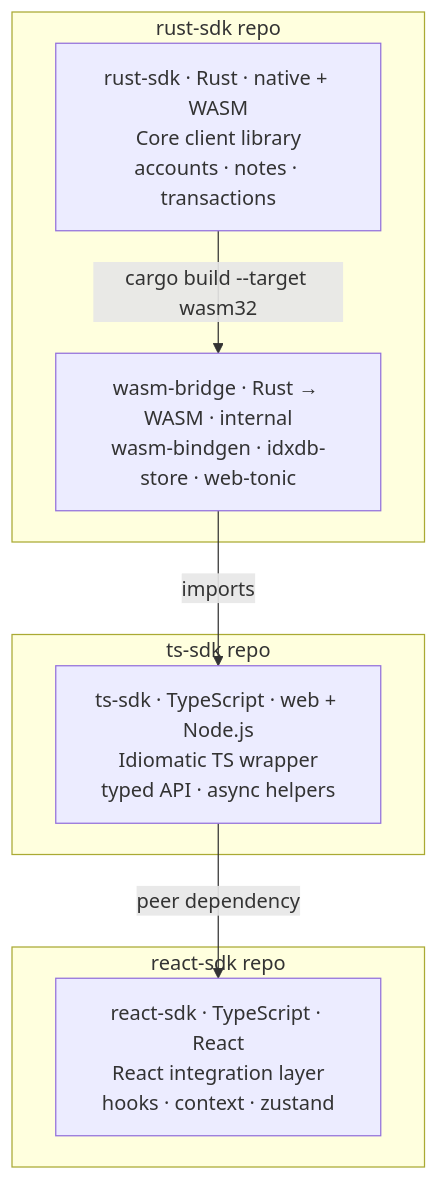
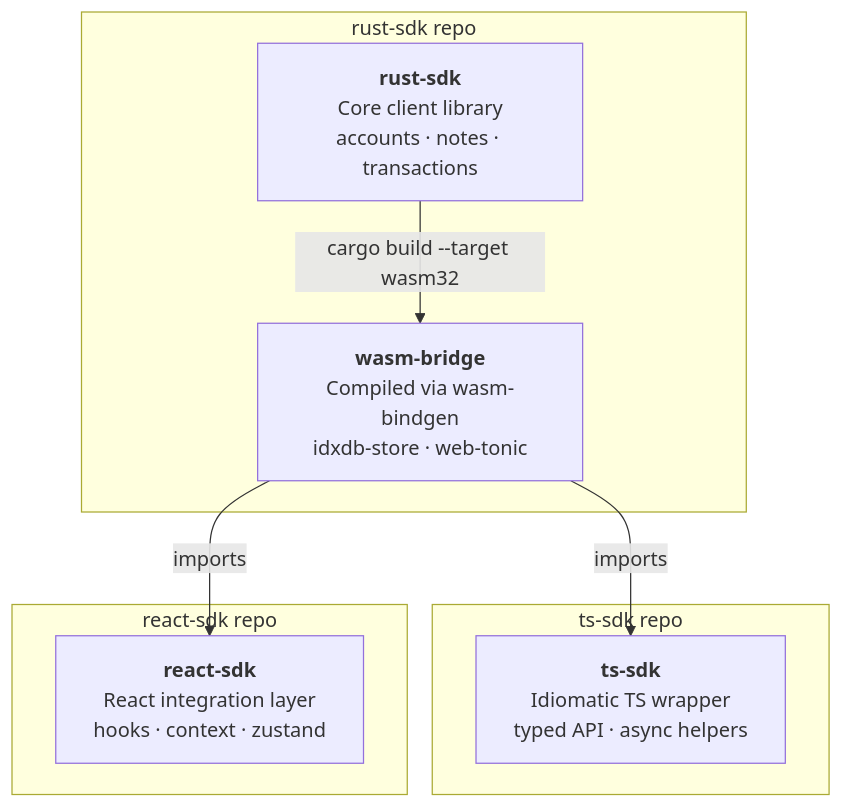
Before and after one commit to 0xMiden/miden-client: the diagram in README.md, drawn with Mermaid.

Commit message:
docs: fix diagram — use html line breaks, show react-sdk importing from wasm-bridge

````diff
--- a/README.md
+++ b/README.md
@@ -19,19 +19,19 @@
 ```mermaid
 graph TB
     subgraph rust-sdk-repo["rust-sdk repo"]
-        rust-sdk["rust-sdk · Rust · native + WASM\nCore client library\naccounts · notes · transactions"]
-        wasm-bridge["wasm-bridge · Rust → WASM · internal\nwasm-bindgen · idxdb-store · web-tonic"]
+        rust-sdk["<b>rust-sdk</b><br/>Core client library<br/>accounts · notes · transactions"]
+        wasm-bridge["<b>wasm-bridge</b><br/>Compiled via wasm-bindgen<br/>idxdb-store · web-tonic"]
     end
 
     subgraph ts-sdk-repo["ts-sdk repo"]
-        ts-sdk["ts-sdk · TypeScript · web + Node.js\nIdiomatic TS wrapper\ntyped API · async helpers"]
+        ts-sdk["<b>ts-sdk</b><br/>Idiomatic TS wrapper<br/>typed API · async helpers"]
     end
 
     subgraph react-sdk-repo["react-sdk repo"]
-        react-sdk["react-sdk · TypeScript · React\nReact integration layer\nhooks · context · zustand"]
+        react-sdk["<b>react-sdk</b><br/>React integration layer<br/>hooks · context · zustand"]
     end
 
     rust-sdk -- "cargo build --target wasm32" --> wasm-bridge
     wasm-bridge -- "imports" --> ts-sdk
-    ts-sdk -- "peer dependency" --> react-sdk
+    wasm-bridge -- "imports" --> react-sdk
 ```
````
